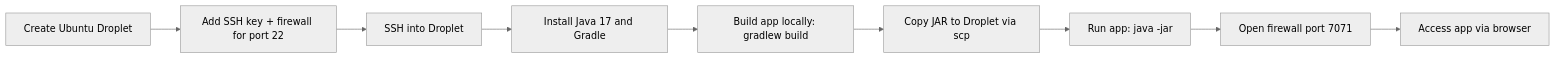
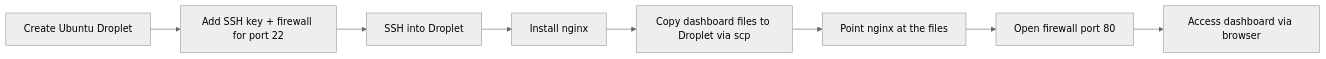
The diagram in README.md (shahtaj2102/web-app-on-digitalocean), drawn with Mermaid (neutral theme) before and after one commit. The commit also changed other lines of this file, not shown here.

First line of the commit message:
Revise README for cloud server deployment and dashboard

````diff
--- a/README.md
+++ b/README.md
@@ -13,11 +11,10 @@
 ```mermaid
 flowchart LR
-    A[Create Ubuntu Droplet] --> B[Add SSH key + firewall for port 22]
-    B --> C[SSH into Droplet]
-    C --> D[Install Java 17 and Gradle]
-    D --> E[Build app locally: gradlew build]
-    E --> F[Copy JAR to Droplet via scp]
-    F --> G[Run app: java -jar]
-    G --> H[Open firewall port 7071]
-    H --> I[Access app via browser]
+A[Create Ubuntu Droplet] --> B[Add SSH key + firewall for port 22]
+B --> C[SSH into Droplet]
+C --> D[Install nginx]
+D --> E[Copy dashboard files to Droplet via scp]
+E --> F[Point nginx at the files]
+F --> G[Open firewall port 80]
+G --> H[Access dashboard via browser]
 ```
````
